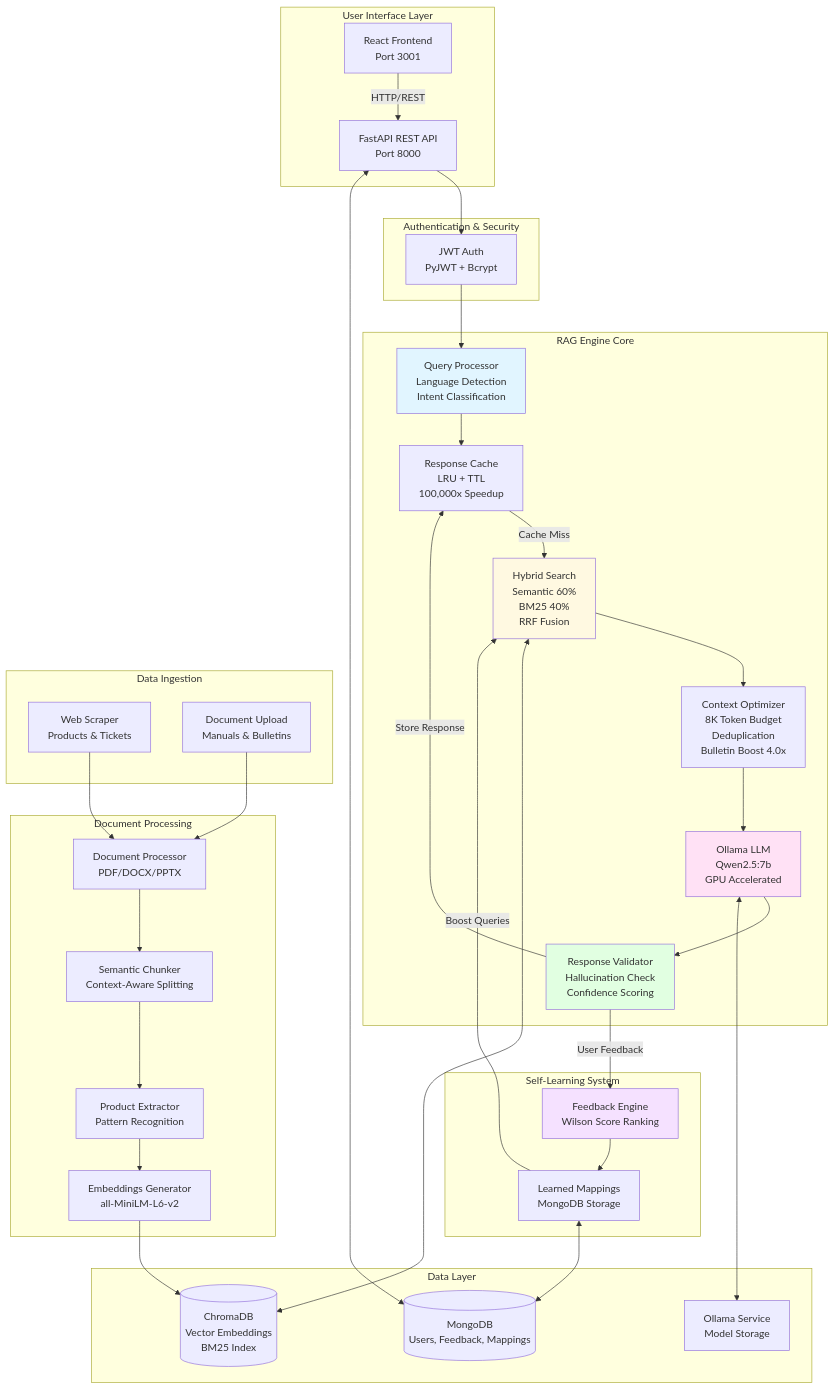
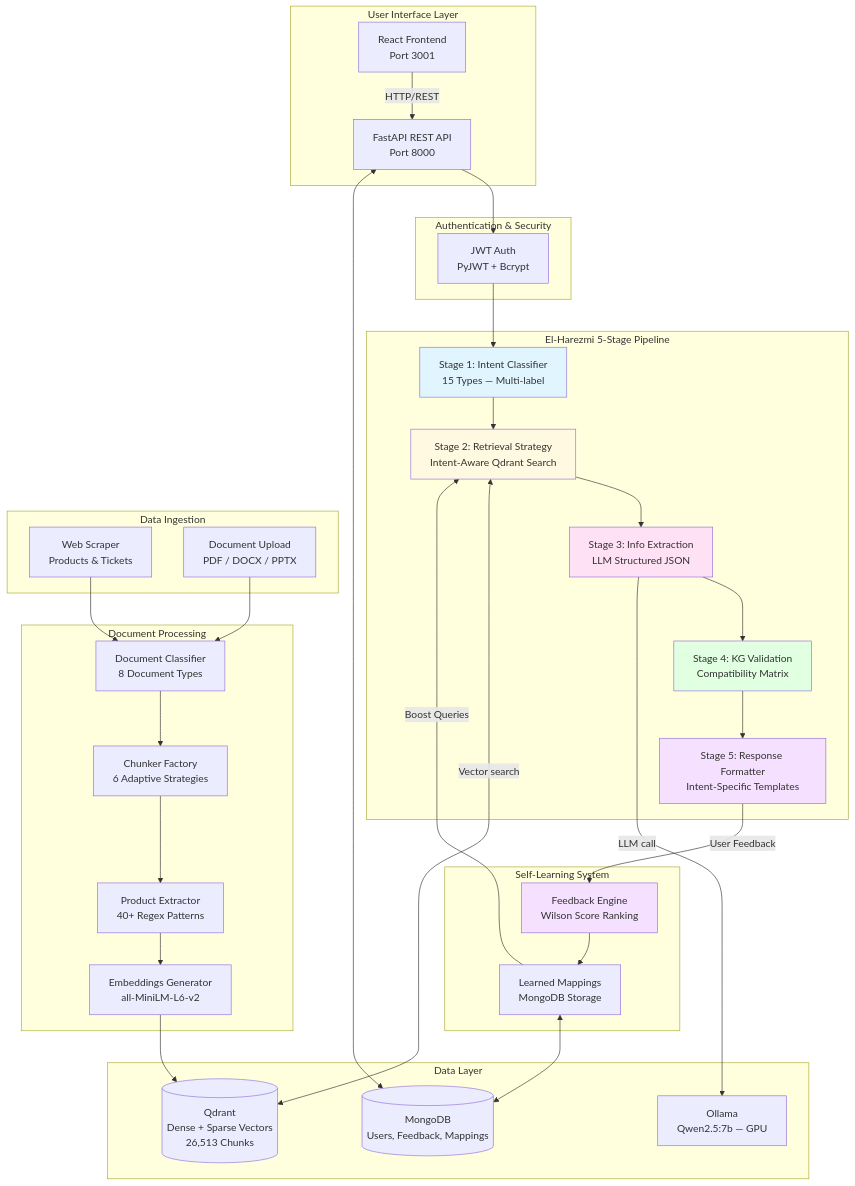
One commit to fatihhbayram/desoutter-assistant changed the first of 9 diagrams in ARCHITECTURE_DIAGRAMS.md. Above: the diagram before and after it, drawn with Mermaid. The commit also changed other lines of this file and 3 other files, not shown here.

First line of the commit message:
docs: update README, ROADMAP, CHANGELOG and ARCHITECTURE_DIAGRAMS to v2.0.1

````diff
--- a/ARCHITECTURE_DIAGRAMS.md
+++ b/ARCHITECTURE_DIAGRAMS.md
@@ -20,74 +21,73 @@
 ```mermaid
 graph TB
     subgraph "User Interface Layer"
         A[React Frontend<br/>Port 3001]
         B[FastAPI REST API<br/>Port 8000]
     end
 
     subgraph "Authentication & Security"
         C[JWT Auth<br/>PyJWT + Bcrypt]
     end
 
-    subgraph "RAG Engine Core"
-        D[Query Processor<br/>Language Detection<br/>Intent Classification]
-        E[Hybrid Search<br/>Semantic 60%<br/>BM25 40%<br/>RRF Fusion]
-        F[Context Optimizer<br/>8K Token Budget<br/>Deduplication<br/>Bulletin Boost 4.0x]
-        G[Ollama LLM<br/>Qwen2.5:7b<br/>GPU Accelerated]
-        H[Response Validator<br/>Hallucination Check<br/>Confidence Scoring]
-        I[Response Cache<br/>LRU + TTL<br/>100,000x Speedup]
+    subgraph "El-Harezmi 5-Stage Pipeline"
+        EH1[Stage 1: Intent Classifier<br/>15 Types — Multi-label]
+        EH2[Stage 2: Retrieval Strategy<br/>Intent-Aware Qdrant Search]
+        EH3[Stage 3: Info Extraction<br/>LLM Structured JSON]
+        EH4[Stage 4: KG Validation<br/>Compatibility Matrix]
+        EH5[Stage 5: Response Formatter<br/>Intent-Specific Templates]
     end
 
     subgraph "Self-Learning System"
         J[Feedback Engine<br/>Wilson Score Ranking]
         K[Learned Mappings<br/>MongoDB Storage]
     end
 
     subgraph "Document Processing"
-        L[Document Processor<br/>PDF/DOCX/PPTX]
-        M[Semantic Chunker<br/>Context-Aware Splitting]
-        N[Product Extractor<br/>Pattern Recognition]
+        L[Document Classifier<br/>8 Document Types]
+        M[Chunker Factory<br/>6 Adaptive Strategies]
+        N[Product Extractor<br/>40+ Regex Patterns]
         O[Embeddings Generator<br/>all-MiniLM-L6-v2]
     end
 
     subgraph "Data Layer"
         P[(MongoDB<br/>Users, Feedback, Mappings)]
-        Q[(ChromaDB<br/>Vector Embeddings<br/>BM25 Index)]
-        R[Ollama Service<br/>Model Storage]
+        Q[(Qdrant<br/>Dense + Sparse Vectors<br/>26,513 Chunks)]
+        R[Ollama<br/>Qwen2.5:7b — GPU]
     end
 
     subgraph "Data Ingestion"
         S[Web Scraper<br/>Products & Tickets]
-        T[Document Upload<br/>Manuals & Bulletins]
+        T[Document Upload<br/>PDF / DOCX / PPTX]
     end
 
     A -->|HTTP/REST| B
     B --> C
-    C --> D
-    D --> I
-    I -->|Cache Miss| E
-    E --> F
-    F --> G
-    G --> H
-    H -->|Store Response| I
-    H -->|User Feedback| J
+    C --> EH1
+    EH1 --> EH2
+    EH2 --> EH3
+    EH3 --> EH4
+    EH4 --> EH5
+
+    EH3 -->|LLM call| R
+    EH2 <-->|Vector search| Q
+    EH5 -->|User Feedback| J
     J --> K
-    K -->|Boost Queries| E
+    K -->|Boost Queries| EH2
 
     S --> L
     T --> L
     L --> M
     M --> N
     N --> O
     O --> Q
 
-    E <--> Q
-    G <--> R
     B <--> P
     K <--> P
 
-    style D fill:#e1f5ff
-    style E fill:#fff9e1
-    style G fill:#ffe1f5
-    style H fill:#e1ffe1
+    style EH1 fill:#e1f5ff
+    style EH2 fill:#fff9e1
+    style EH3 fill:#ffe1f5
+    style EH4 fill:#e1ffe1
+    style EH5 fill:#f5e1ff
     style J fill:#f5e1ff
 ```
````
